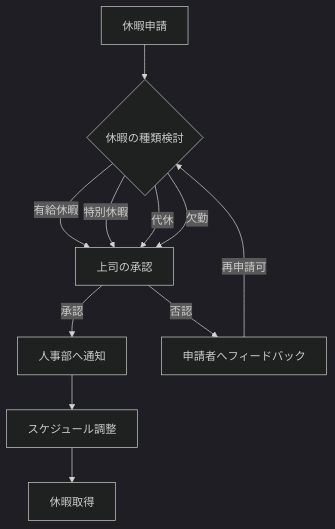
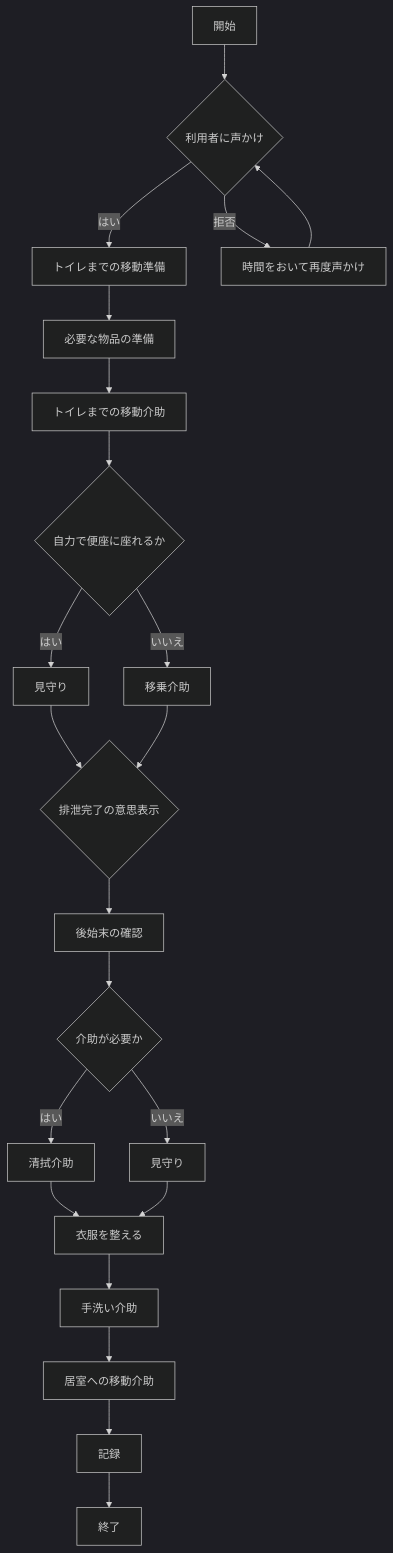
Before and after one commit to dsotkazu/mermaid_practice: the diagram in README.md, drawn with Mermaid (dark theme). The commit also changed other lines of this file, not shown here.

````diff
--- a/README.md
+++ b/README.md
@@ -3,15 +1,30 @@
 ```mermaid
 graph TD;
-    A[休暇申請] --> B{休暇の種類検討}
-    B -- 有給休暇 --> C[上司の承認]
-    B -- 特別休暇 --> C
-    B -- 代休 --> C
-    B -- 欠勤 --> C
-
-    C -- 承認 --> D[人事部へ通知]
-    D --> E[スケジュール調整]
-    E --> F[休暇取得]
-
-    C -- 否認 --> G[申請者へフィードバック]
-    G -->|再申請可| B
+    A[開始] --> B{利用者に声かけ}
+    B --> |はい| C[トイレまでの移動準備]
+    B --> |拒否| D[時間をおいて再度声かけ]
+    D --> B
+    
+    C --> E[必要な物品の準備]
+    E --> F[トイレまでの移動介助]
+    
+    F --> G{自力で便座に座れるか}
+    G --> |はい| H[見守り]
+    G --> |いいえ| I[移乗介助]
+    
+    H --> J{排泄完了の意思表示}
+    I --> J
+    
+    J --> K[後始末の確認]
+    K --> L{介助が必要か}
+    L --> |はい| M[清拭介助]
+    L --> |いいえ| N[見守り]
+    
+    M --> O[衣服を整える]
+    N --> O
+    
+    O --> P[手洗い介助]
+    P --> Q[居室への移動介助]
+    Q --> R[記録]
+    R --> S[終了]
 ```
````
